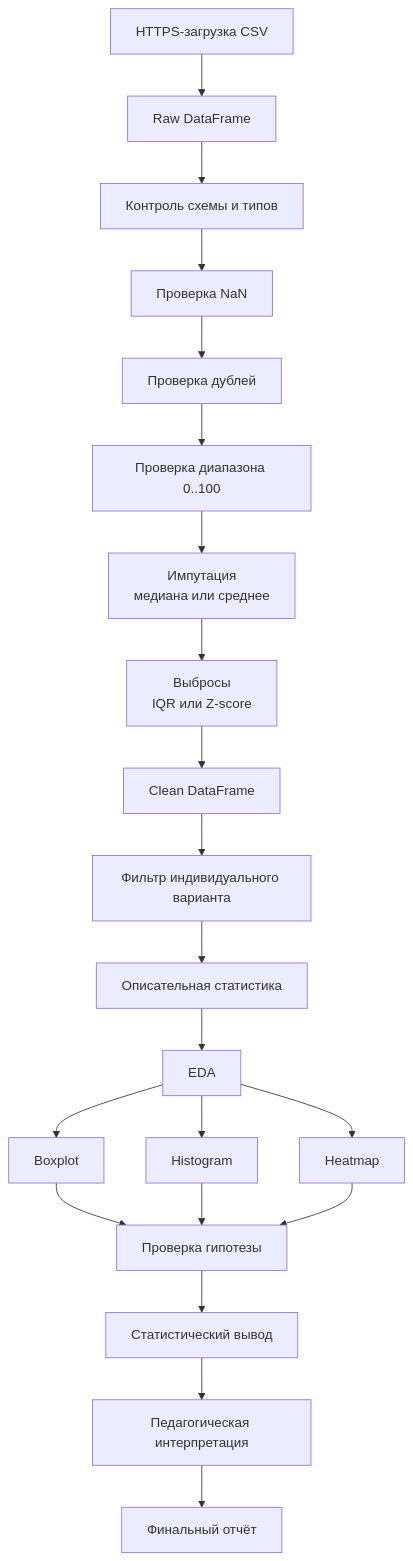
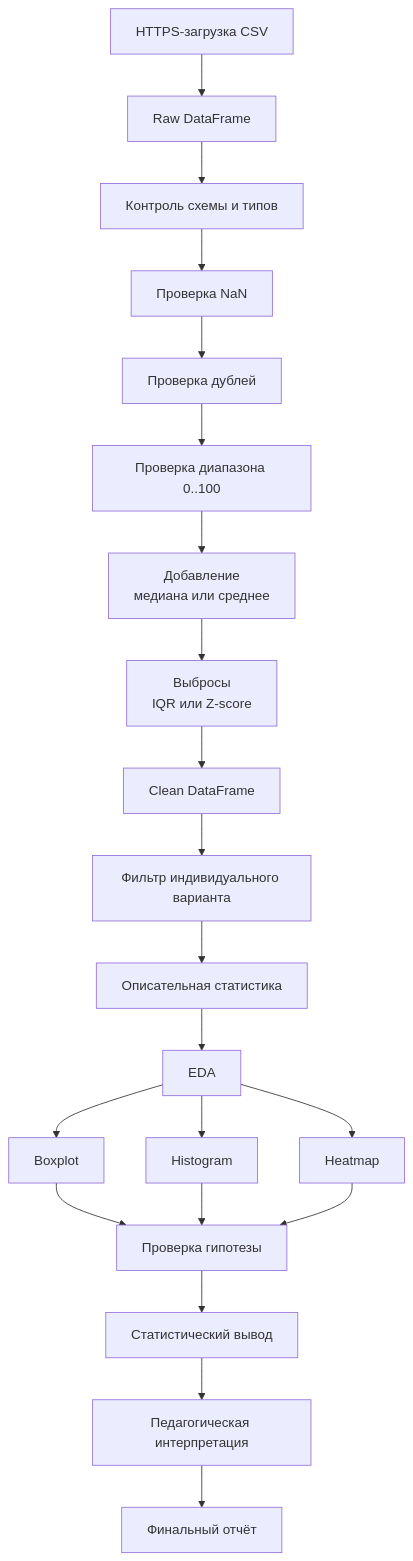
One commit to BosenkoTM/Big-data-analysis-methods changed the first of 2 diagrams in 2026/lw/lw_01/lw_01_26.md. Above: the diagram before and after it, drawn with Mermaid.

````diff
--- a/2026/lw/lw_01/lw_01_26.md
+++ b/2026/lw/lw_01/lw_01_26.md
@@ -82,23 +82,23 @@
 ```mermaid
 flowchart TD
     A[HTTPS-загрузка CSV] --> B[Raw DataFrame]
     B --> C[Контроль схемы и типов]
     C --> D[Проверка NaN]
     D --> E[Проверка дублей]
     E --> F[Проверка диапазона 0..100]
-    F --> G[Импутация<br/>медиана или среднее]
+    F --> G[Добавление<br/>медиана или среднее]
     G --> H[Выбросы<br/>IQR или Z-score]
     H --> I[Clean DataFrame]
     I --> J[Фильтр индивидуального варианта]
     J --> K[Описательная статистика]
     K --> L[EDA]
     L --> M[Boxplot]
     L --> N[Histogram]
     L --> O[Heatmap]
     M --> P[Проверка гипотезы]
     N --> P
     O --> P
     P --> Q[Статистический вывод]
     Q --> R[Педагогическая интерпретация]
     R --> S[Финальный отчёт]
 ```
````
